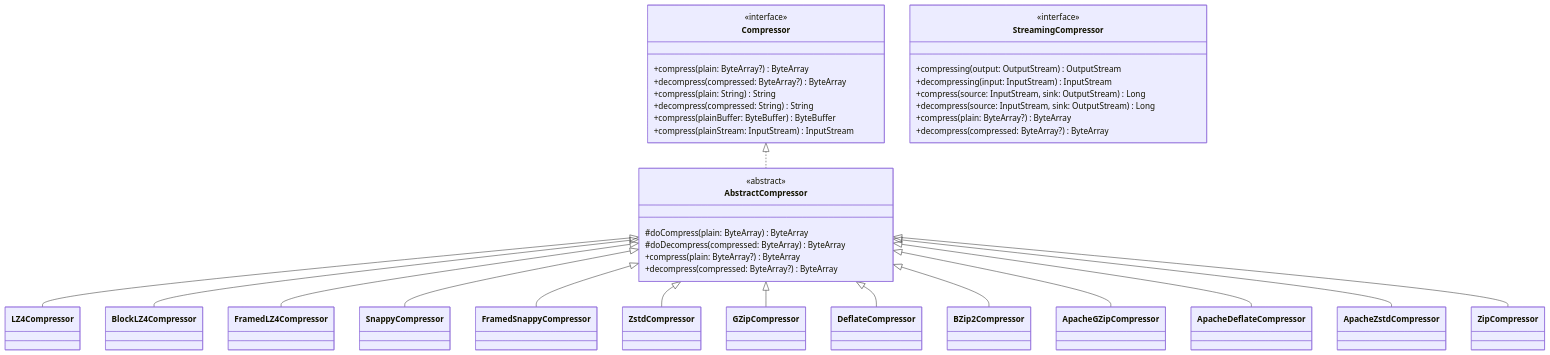
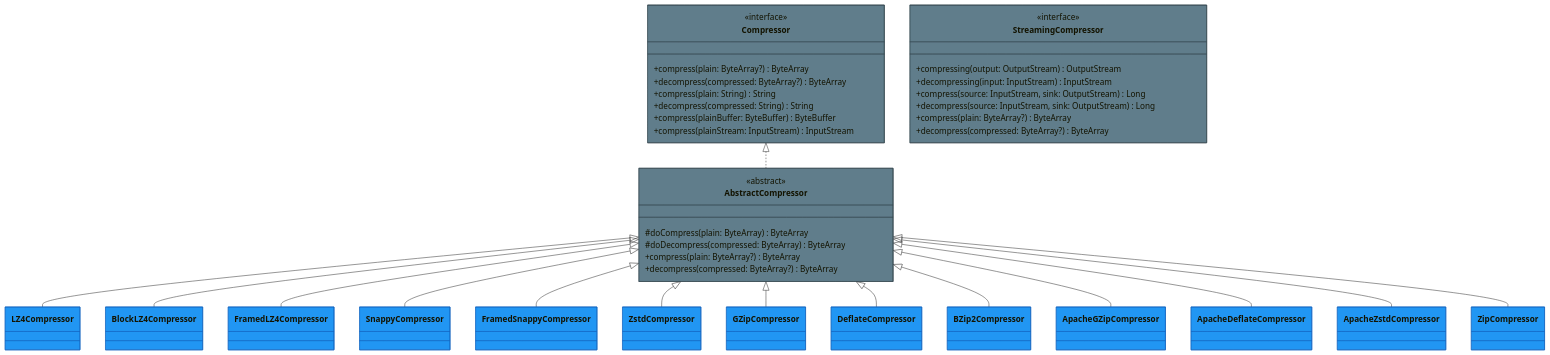
Before and after one commit to bluetape4k/bluetape4k-projects: the first of 4 diagrams in io/io/README.md, drawn with Mermaid. The commit also changed other lines of this file and 74 other files, not shown here.

First line of the commit message:
docs: bluetape4k/core/coroutines/logging, io/feign~vertx README 색상 Mermaid UML 추가

````diff
--- a/io/io/README.md
+++ b/io/io/README.md
@@ -420,59 +420,64 @@
 ```mermaid
 classDiagram
-    class Compressor {
+    class Compressor:::ioStyle {
         <<interface>>
         +compress(plain: ByteArray?) ByteArray
         +decompress(compressed: ByteArray?) ByteArray
         +compress(plain: String) String
         +decompress(compressed: String) String
         +compress(plainBuffer: ByteBuffer) ByteBuffer
         +compress(plainStream: InputStream) InputStream
     }
 
-    class AbstractCompressor {
+    class AbstractCompressor:::ioStyle {
         <<abstract>>
         #doCompress(plain: ByteArray) ByteArray
         #doDecompress(compressed: ByteArray) ByteArray
         +compress(plain: ByteArray?) ByteArray
         +decompress(compressed: ByteArray?) ByteArray
     }
 
-    class LZ4Compressor
-    class BlockLZ4Compressor
-    class FramedLZ4Compressor
-    class SnappyCompressor
-    class FramedSnappyCompressor
-    class ZstdCompressor
-    class GZipCompressor
-    class DeflateCompressor
-    class BZip2Compressor
-    class ApacheGZipCompressor
-    class ApacheDeflateCompressor
-    class ApacheZstdCompressor
-    class ZipCompressor
+    class LZ4Compressor:::codecStyle
+    class BlockLZ4Compressor:::codecStyle
+    class FramedLZ4Compressor:::codecStyle
+    class SnappyCompressor:::codecStyle
+    class FramedSnappyCompressor:::codecStyle
+    class ZstdCompressor:::codecStyle
+    class GZipCompressor:::codecStyle
+    class DeflateCompressor:::codecStyle
+    class BZip2Compressor:::codecStyle
+    class ApacheGZipCompressor:::codecStyle
+    class ApacheDeflateCompressor:::codecStyle
+    class ApacheZstdCompressor:::codecStyle
+    class ZipCompressor:::codecStyle
 
-    class StreamingCompressor {
+    class StreamingCompressor:::ioStyle {
         <<interface>>
         +compressing(output: OutputStream) OutputStream
         +decompressing(input: InputStream) InputStream
         +compress(source: InputStream, sink: OutputStream) Long
         +decompress(source: InputStream, sink: OutputStream) Long
         +compress(plain: ByteArray?) ByteArray
         +decompress(compressed: ByteArray?) ByteArray
     }
 
     Compressor <|.. AbstractCompressor
     AbstractCompressor <|-- LZ4Compressor
     AbstractCompressor <|-- BlockLZ4Compressor
     AbstractCompressor <|-- FramedLZ4Compressor
     AbstractCompressor <|-- SnappyCompressor
     AbstractCompressor <|-- FramedSnappyCompressor
     AbstractCompressor <|-- ZstdCompressor
     AbstractCompressor <|-- GZipCompressor
     AbstractCompressor <|-- DeflateCompressor
     AbstractCompressor <|-- BZip2Compressor
     AbstractCompressor <|-- ApacheGZipCompressor
     AbstractCompressor <|-- ApacheDeflateCompressor
     AbstractCompressor <|-- ApacheZstdCompressor
     AbstractCompressor <|-- ZipCompressor
+
+    classDef ioStyle fill:#607D8B,stroke:#37474F
+    classDef codecStyle fill:#2196F3,stroke:#1565C0
+    classDef serializerStyle fill:#FF9800,stroke:#E65100
+    classDef extensionStyle fill:#4CAF50,stroke:#388E3C
 ```
````
